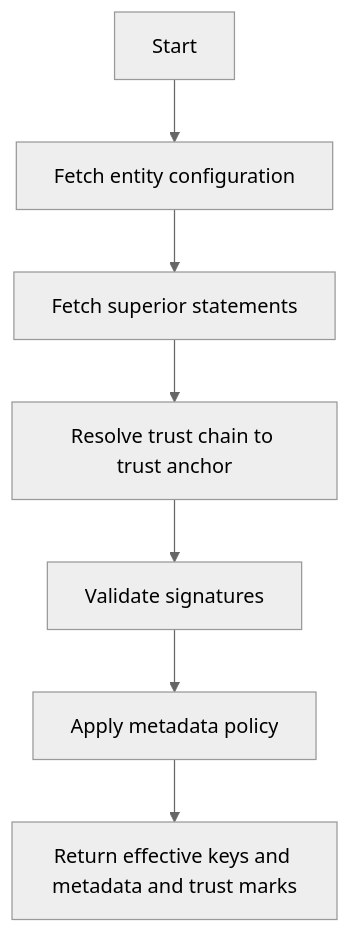
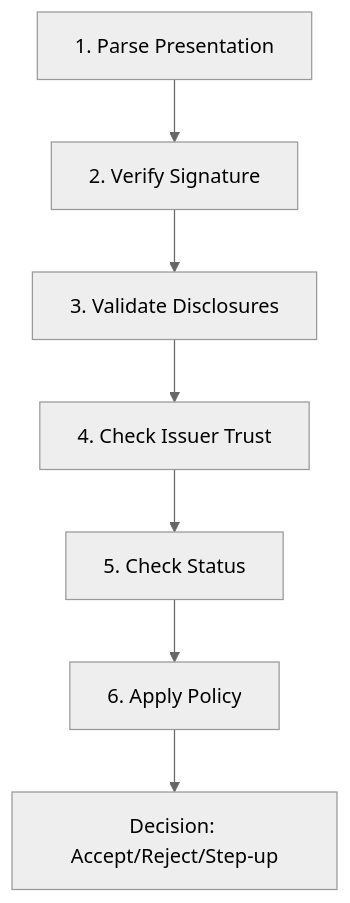
The second of 5 diagrams in docs/concepts/architecture.md (openwallet-foundation-labs/sd-jwt-dotnet), drawn with Mermaid (neutral theme) before and after one commit. The commit also changed other lines of this file and 163 other files, not shown here.

````diff
--- a/docs/concepts/architecture.md
+++ b/docs/concepts/architecture.md
@@ -462,9 +142,9 @@
 ```mermaid
 flowchart TB
-  Start[Start] --> Cfg[Fetch entity configuration]
-  Cfg --> Sup[Fetch superior statements]
-  Sup --> Chain[Resolve trust chain to trust anchor]
-  Chain --> Sig[Validate signatures]
-  Sig --> Policy[Apply metadata policy]
-  Policy --> Result[Return effective keys and metadata and trust marks]
+    A[1. Parse Presentation] --> B[2. Verify Signature]
+    B --> C[3. Validate Disclosures]
+    C --> D[4. Check Issuer Trust]
+    D --> E[5. Check Status]
+    E --> F[6. Apply Policy]
+    F --> G[Decision: Accept/Reject/Step-up]
 ```
````
